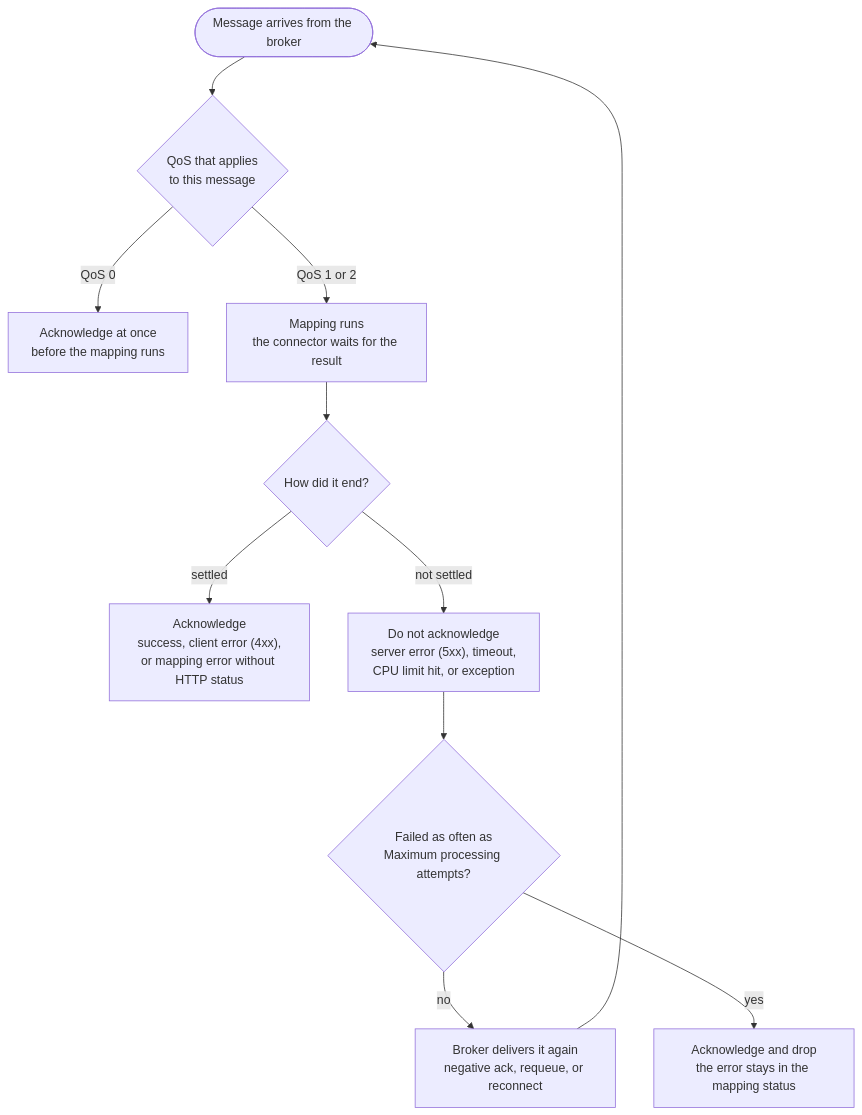
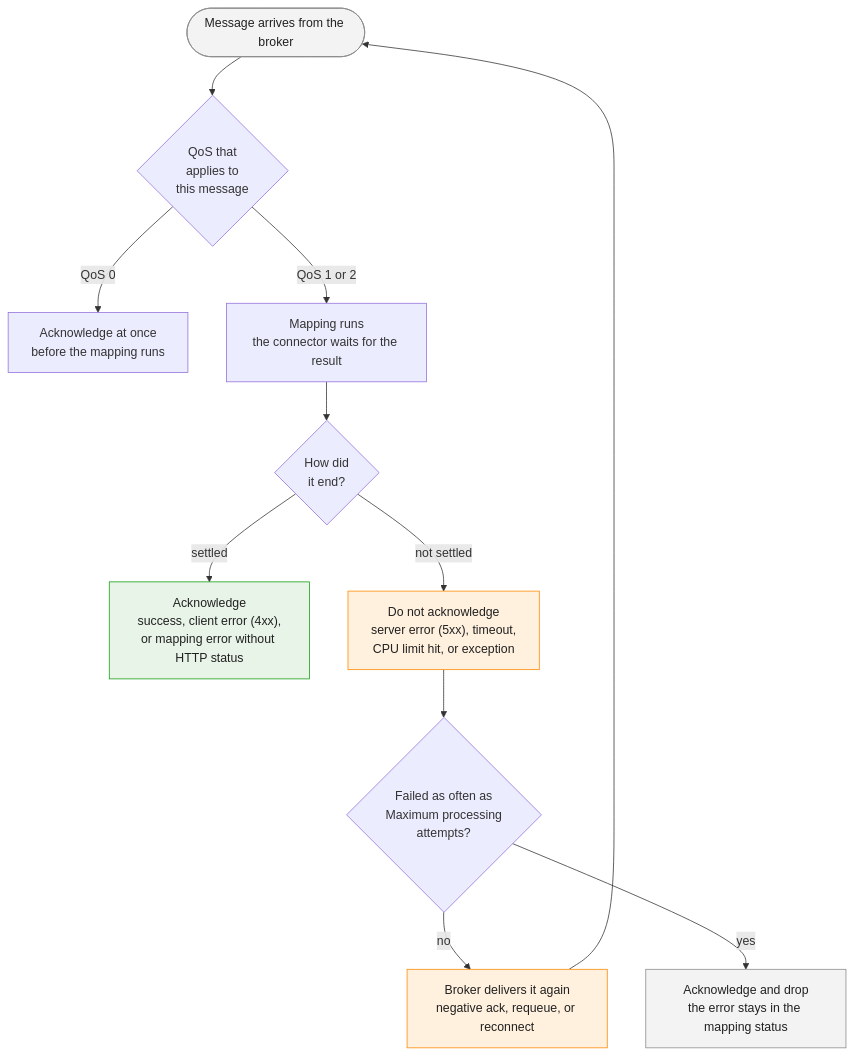
Before and after one commit to Cumulocity-IoT/cumulocity-dynamic-mapper: the first of 2 diagrams in dynamic-mapper-ui/public/docs/reliability-settings.md, drawn with Mermaid. The commit also changed other lines of this file and 18 other files, not shown here.

Commit message:
color mermaid diagrams

````diff
--- a/dynamic-mapper-ui/public/docs/reliability-settings.md
+++ b/dynamic-mapper-ui/public/docs/reliability-settings.md
@@ -15,24 +15,32 @@
 ```mermaid
 flowchart TD
     msg(["Message arrives from the broker"])
-    qos{"QoS that applies<br/>to this message"}
+    qos{"QoS that<br/>applies to<br/>this message"}
     early["Acknowledge at once<br/>before the mapping runs"]
     run["Mapping runs<br/>the connector waits for the result"]
-    result{"How did it end?"}
+    result{"How did<br/>it end?"}
     settled["Acknowledge<br/>success, client error (4xx),<br/>or mapping error without HTTP status"]
     unsettled["Do not acknowledge<br/>server error (5xx), timeout,<br/>CPU limit hit, or exception"]
-    limit{"Failed as often as<br/>Maximum processing attempts?"}
+    limit{"Failed as often as<br/>Maximum processing<br/>attempts?"}
     again["Broker delivers it again<br/>negative ack, requeue, or reconnect"]
     drop["Acknowledge and drop<br/>the error stays in the mapping status"]
 
     msg --> qos
     qos -- "QoS 0" --> early
     qos -- "QoS 1 or 2" --> run
     run --> result
     result -- "settled" --> settled
     result -- "not settled" --> unsettled
     unsettled --> limit
     limit -- "no" --> again
     again --> msg
     limit -- "yes" --> drop
+
+    classDef edge fill:#f3f3f3,stroke:#8a8a8a,color:#212121;
+    classDef ok fill:#e8f4e8,stroke:#119D11,color:#212121;
+    classDef warn fill:#fff1de,stroke:#FF8800,color:#212121;
+    class msg edge;
+    class settled ok;
+    class unsettled,again warn;
+    class drop edge;
 ```
````
